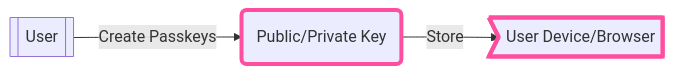
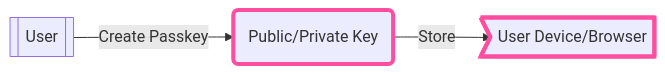
One commit to shaloo/docs.arcana changed the first of 6 diagrams in docs/concepts/authtype/auth-passkeys.md. Above: the diagram before and after it, drawn with Mermaid. The commit also changed other lines of this file and 3 other files, not shown here.

````diff
--- a/docs/concepts/authtype/auth-passkeys.md
+++ b/docs/concepts/authtype/auth-passkeys.md
@@ -22,7 +22,7 @@
 ```mermaid
 graph LR
-  A\[[User]]--Create Passkeys--> D(Public/Private Key)--Store-->C>User Device/Browser];
+  A\[[User]]--Create Passkey--> D(Public/Private Key)--Store-->C>User Device/Browser];
 
 classDef an-pink stroke:#ff4e9f,stroke-width:0.25rem; 
 class C,D an-pink
 ```
````
